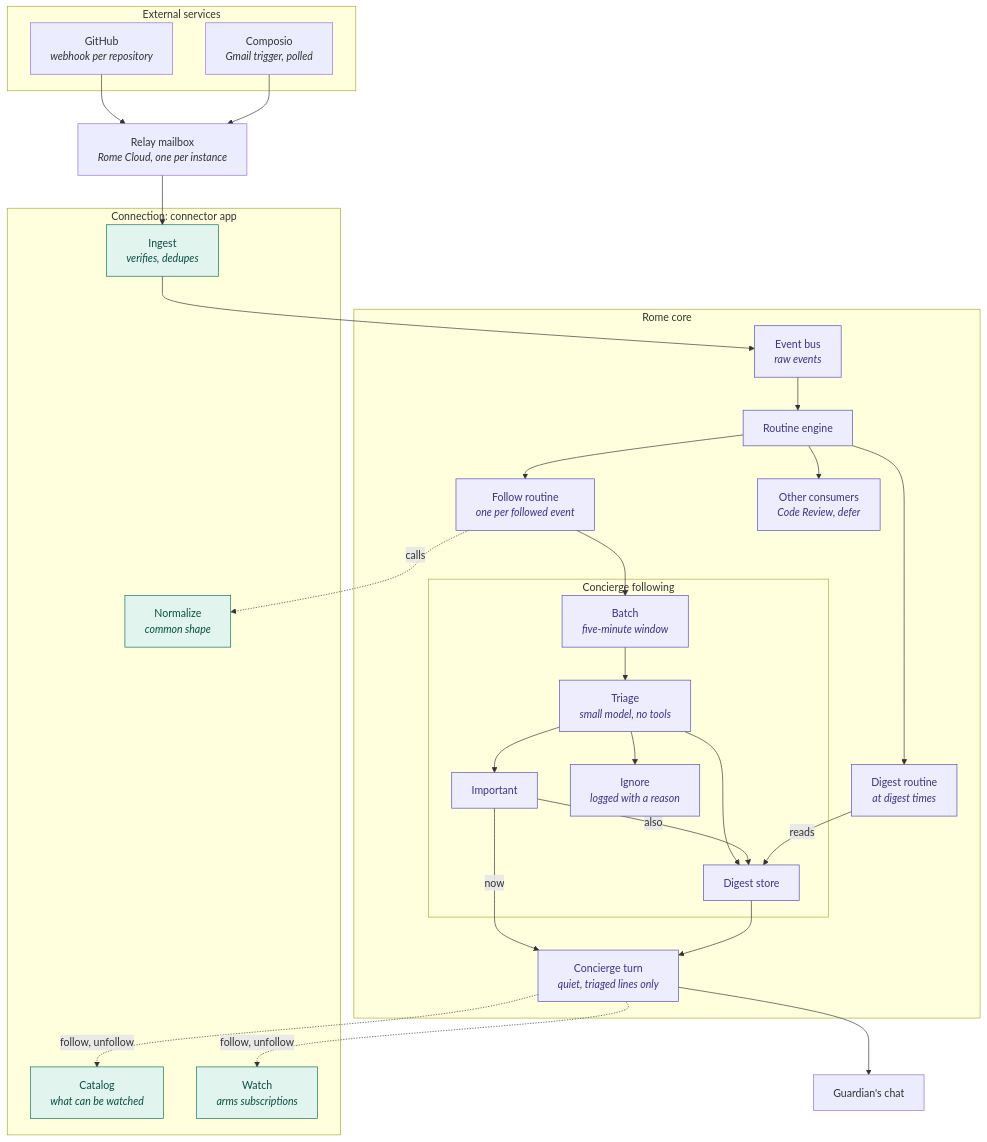
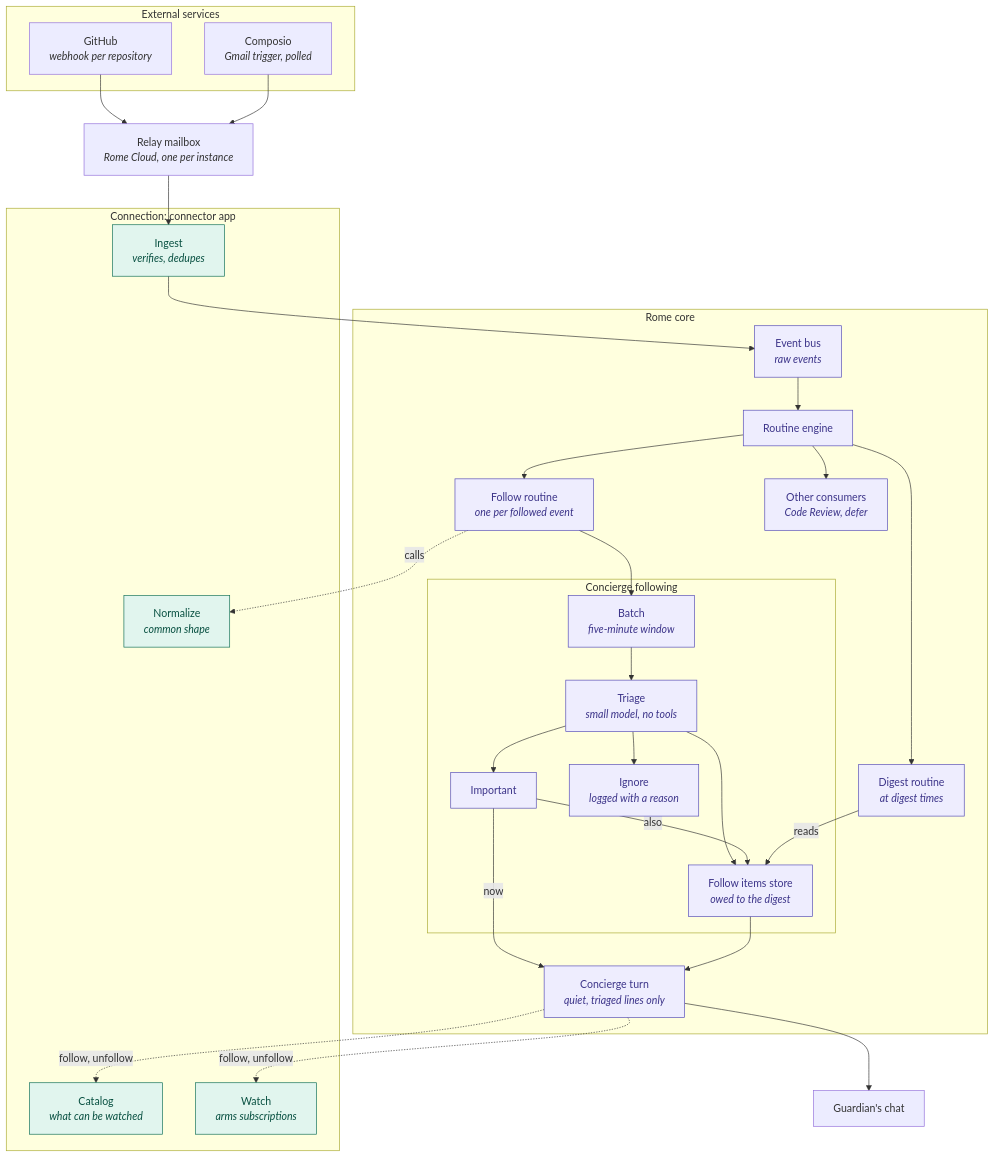
Before and after one commit to rome-os/rome: the diagram in docs/architecture/concierge-following.md, drawn with Mermaid. The commit also changed other lines of this file and 1 other file, not shown here.

````diff
--- a/docs/architecture/concierge-following.md
+++ b/docs/architecture/concierge-following.md
@@ -7,54 +7,54 @@
 ```mermaid
 flowchart TD
     subgraph External["External services"]
         GH["GitHub<br/><i>webhook per repository</i>"]
         CP["Composio<br/><i>Gmail trigger, polled</i>"]
     end
     Relay["Relay mailbox<br/><i>Rome Cloud, one per instance</i>"]
     subgraph Conn["Connection: connector app"]
         Catalog["Catalog<br/><i>what can be watched</i>"]
         Watch["Watch<br/><i>arms subscriptions</i>"]
         Ingest["Ingest<br/><i>verifies, dedupes</i>"]
         Normalize["Normalize<br/><i>common shape</i>"]
     end
     subgraph Core["Rome core"]
         Bus["Event bus<br/><i>raw events</i>"]
         Engine["Routine engine"]
         Follow["Follow routine<br/><i>one per followed event</i>"]
         DigestRoutine["Digest routine<br/><i>at digest times</i>"]
         Others["Other consumers<br/><i>Code Review, defer</i>"]
         subgraph Following["Concierge following"]
             Batch["Batch<br/><i>five-minute window</i>"]
             Triage["Triage<br/><i>small model, no tools</i>"]
             Important["Important"]
-            Store["Digest store"]
+            Store["Follow items store<br/><i>owed to the digest</i>"]
             Ignore["Ignore<br/><i>logged with a reason</i>"]
         end
         Turn["Concierge turn<br/><i>quiet, triaged lines only</i>"]
     end
     Chat["Guardian's chat"]
 
     GH --> Relay
     CP --> Relay
     Relay --> Ingest --> Bus --> Engine
     Engine --> Follow
     Engine --> DigestRoutine
     Engine --> Others
     Follow -. calls .-> Normalize
     Follow --> Batch --> Triage
     Triage --> Important
     Triage --> Store
     Triage --> Ignore
     Important -- now --> Turn
     Important -- also --> Store
     DigestRoutine -- reads --> Store
     Store --> Turn
     Turn --> Chat
     Turn -. follow, unfollow .-> Catalog
     Turn -. follow, unfollow .-> Watch
 
     classDef conn fill:#E1F5EE,stroke:#0F6E56,color:#085041
     classDef core fill:#EEEDFE,stroke:#534AB7,color:#3C3489
     class Catalog,Watch,Ingest,Normalize conn
     class Bus,Engine,Follow,DigestRoutine,Others,Batch,Triage,Important,Store,Ignore,Turn core
 ```
````
